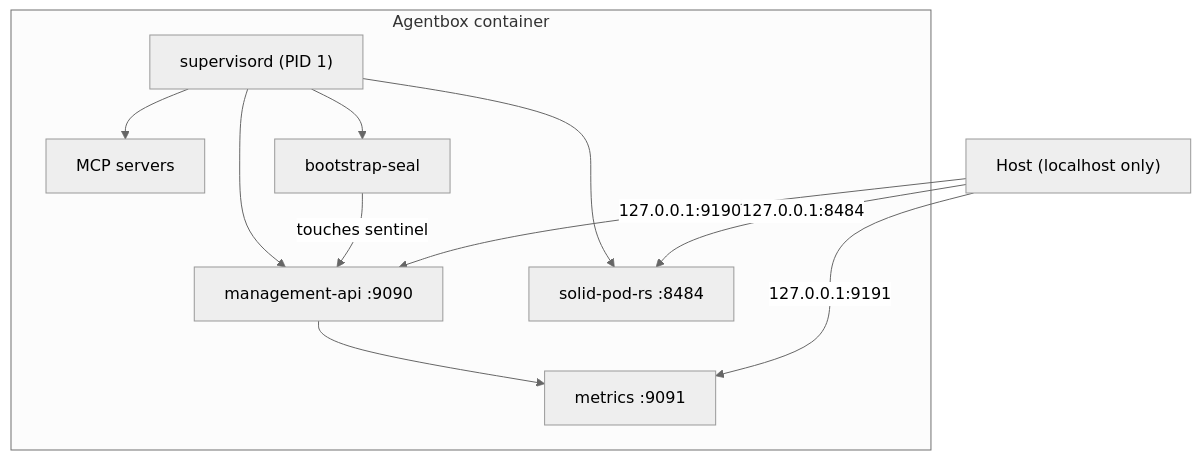
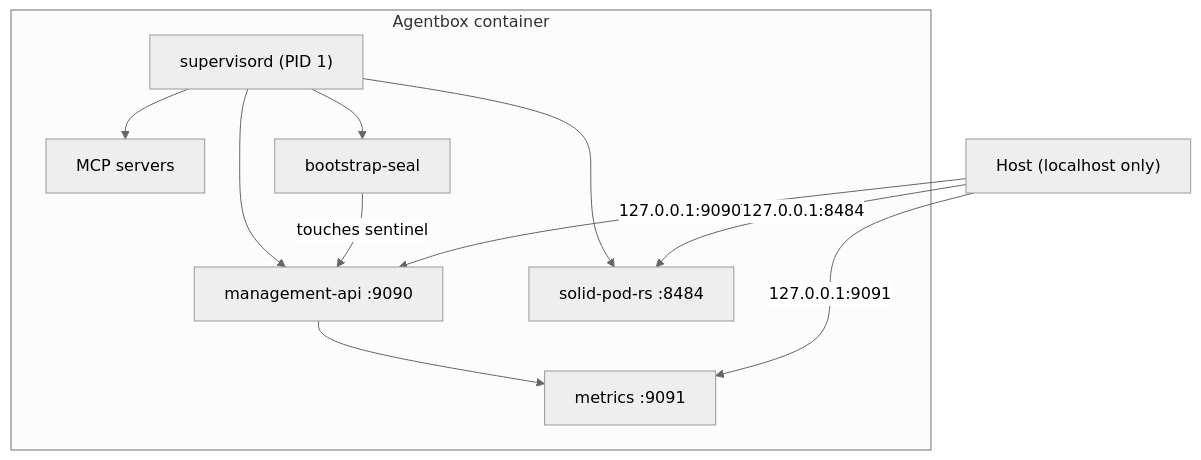
The third of 4 diagrams in docs/user/quickstart.md (DreamLab-AI/agentbox), drawn with Mermaid (neutral theme) before and after one commit. The commit also changed other lines of this file and 41 other files, not shown here.

First line of the commit message:
feat(tmux): multi-harness architecture + fix Nix build permission error

````diff
--- a/docs/user/quickstart.md
+++ b/docs/user/quickstart.md
@@ -289,20 +289,20 @@
 ```mermaid
 graph TB
     subgraph container["Agentbox container"]
         SUP["supervisord (PID 1)"]
         API["management-api :9090"]
         SOLID["solid-pod-rs :8484"]
         MCP["MCP servers"]
         SEAL["bootstrap-seal"]
         MET["metrics :9091"]
     end
     SUP --> API
     SUP --> SOLID
     SUP --> MCP
     SUP --> SEAL
     API --> MET
     SEAL -->|"touches sentinel"| API
-    HOST["Host (localhost only)"] -->|"127.0.0.1:9190"| API
-    HOST -->|"127.0.0.1:9191"| MET
+    HOST["Host (localhost only)"] -->|"127.0.0.1:9090"| API
+    HOST -->|"127.0.0.1:9091"| MET
     HOST -->|"127.0.0.1:8484"| SOLID
 ```
````
